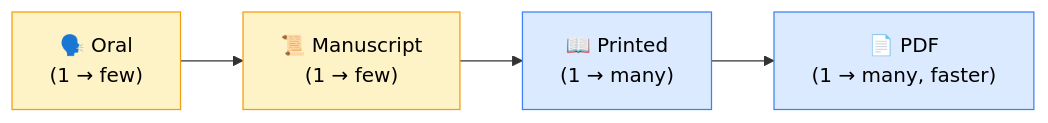
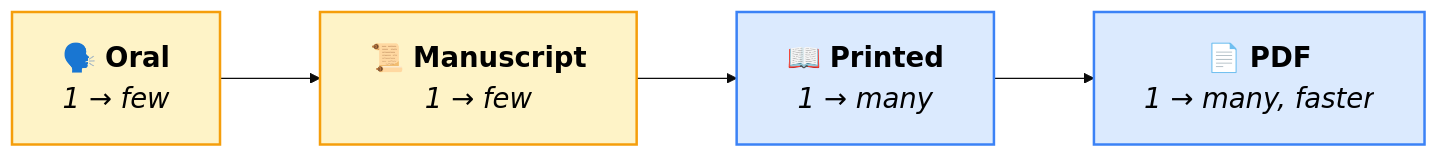
The first of 6 diagrams in quarto_website/training-presentation.qmd (dataimago/dissertation), drawn with Mermaid before and after one commit. The commit also changed other lines of this file and 16 other files, not shown here.

````diff
--- a/quarto_website/training-presentation.qmd
+++ b/quarto_website/training-presentation.qmd
@@ -271,14 +381,14 @@
 ```{mermaid}
 %%| echo: false
-%%| eval: true
-%%| fig-width: 14
+%%| fig-responsive: false
+%%{init: {'theme': 'base', 'themeVariables': {'fontSize': '22px', 'fontFamily': 'Inter, system-ui, sans-serif'}, 'flowchart': {'nodeSpacing': 80, 'rankSpacing': 80, 'padding': 20, 'htmlLabels': true}}}%%
 flowchart LR
-    A["🗣️ Oral\n(1 → few)"] --> B["📜 Manuscript\n(1 → few)"]
-    B --> C["📖 Printed\n(1 → many)"]
-    C --> D["📄 PDF\n(1 → many, faster)"]
+    A["🗣️ <b>Oral</b><br/><i>1 → few</i>"] --> B["📜 <b>Manuscript</b><br/><i>1 → few</i>"]
+    B --> C["📖 <b>Printed</b><br/><i>1 → many</i>"]
+    C --> D["📄 <b>PDF</b><br/><i>1 → many, faster</i>"]
 
-    style A fill:#fef3c7,stroke:#f59e0b,color:#000
-    style B fill:#fef3c7,stroke:#f59e0b,color:#000
-    style C fill:#dbeafe,stroke:#3b82f6,color:#000
-    style D fill:#dbeafe,stroke:#3b82f6,color:#000
+    style A fill:#fef3c7,stroke:#f59e0b,stroke-width:2px,color:#000
+    style B fill:#fef3c7,stroke:#f59e0b,stroke-width:2px,color:#000
+    style C fill:#dbeafe,stroke:#3b82f6,stroke-width:2px,color:#000
+    style D fill:#dbeafe,stroke:#3b82f6,stroke-width:2px,color:#000
 ```
````
